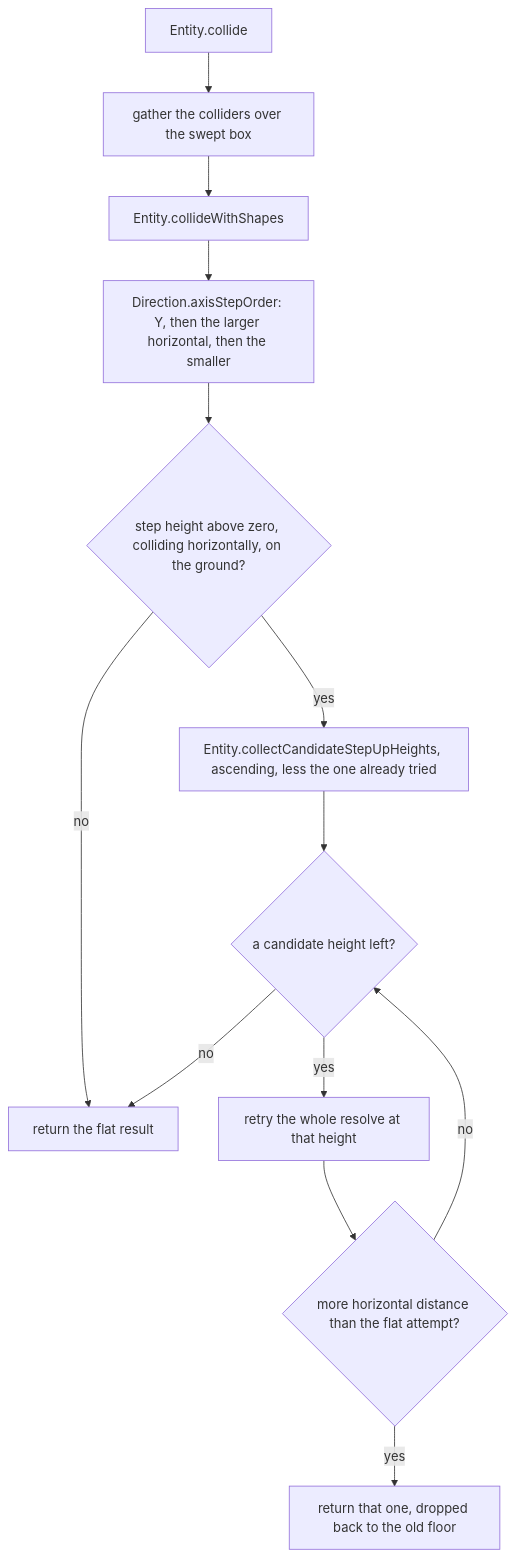
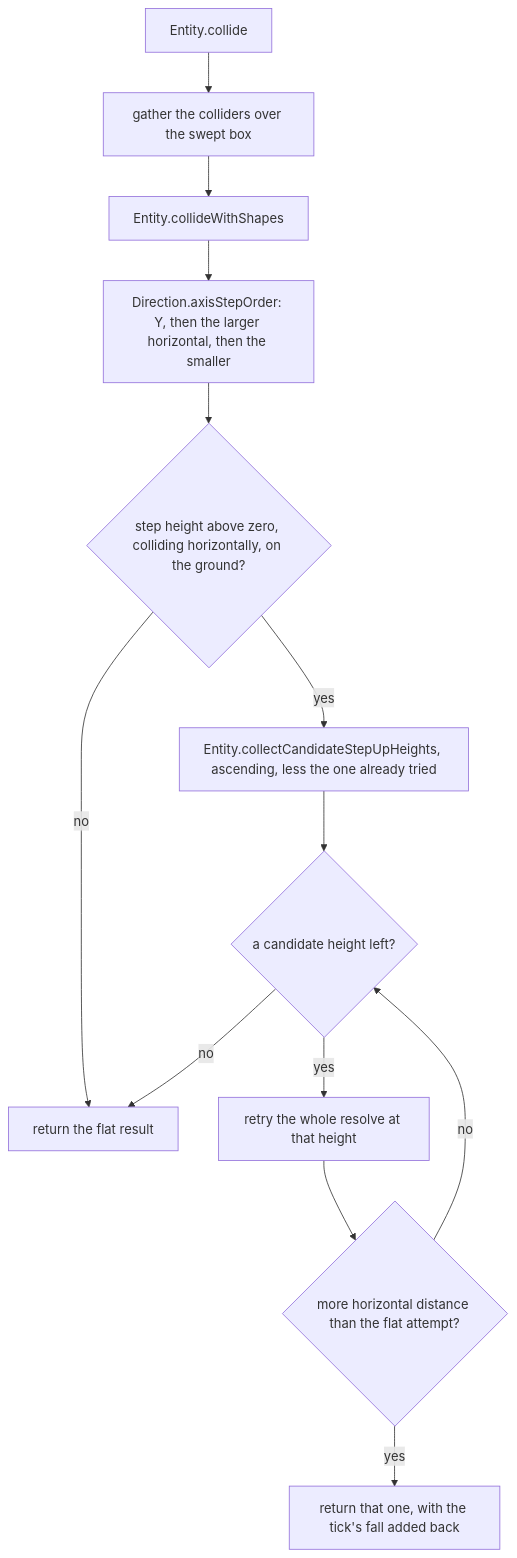
The second of 2 diagrams in src/systems/entities/movement-and-collision.md (AlexanderjFraser/MinecraftDocs), drawn with Mermaid before and after one commit. The commit also changed other lines of this file and 21 other files, not shown here.

````diff
--- a/src/systems/entities/movement-and-collision.md
+++ b/src/systems/entities/movement-and-collision.md
@@ -174,22 +176,22 @@
 ```mermaid
 flowchart TD
     COLLIDE["Entity.collide"]
     GATHER["gather the colliders over the swept box"]
     RESOLVE["Entity.collideWithShapes"]
     AXIS["Direction.axisStepOrder: Y, then the larger horizontal, then the smaller"]
     TEST{"step height above zero, colliding horizontally, on the ground?"}
     FLAT["return the flat result"]
     HEIGHTS["Entity.collectCandidateStepUpHeights, ascending, less the one already tried"]
     NEXT{"a candidate height left?"}
     RETRY["retry the whole resolve at that height"]
     MORE{"more horizontal distance than the flat attempt?"}
-    WIN["return that one, dropped back to the old floor"]
+    WIN["return that one, with the tick's fall added back"]
 
     COLLIDE --> GATHER --> RESOLVE --> AXIS --> TEST
     TEST -- "no" --> FLAT
     TEST -- "yes" --> HEIGHTS --> NEXT
     NEXT -- "no" --> FLAT
     NEXT -- "yes" --> RETRY --> MORE
     MORE -- "no" --> NEXT
     MORE -- "yes" --> WIN
 ```
````
